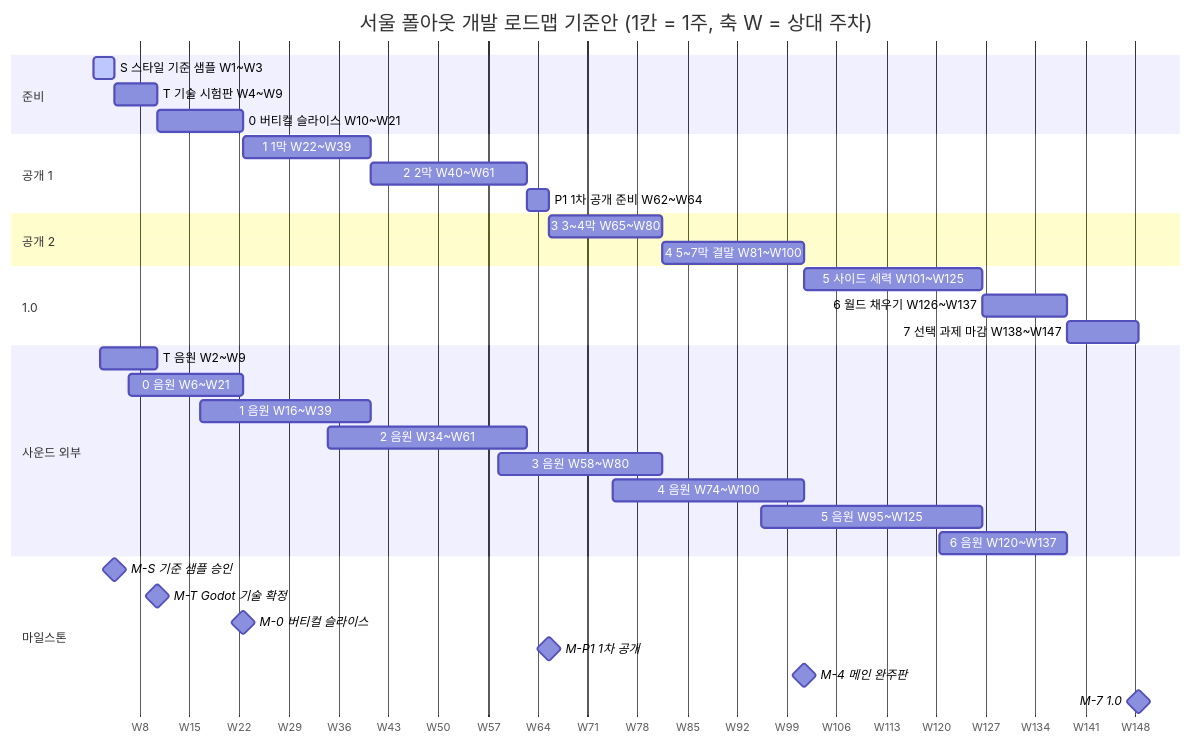
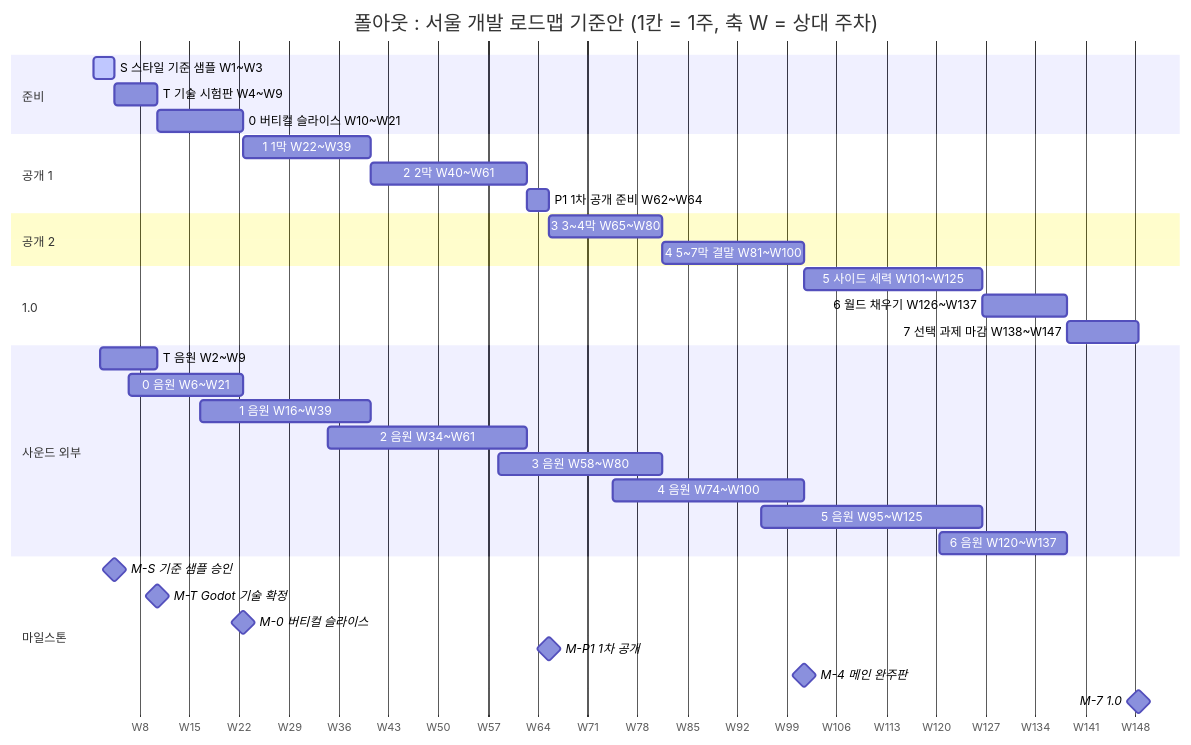
Before and after one commit to forsurvive/003: the second of 6 diagrams in docs/seoul-fallout/19_dev-roadmap.md, drawn with Mermaid. The commit also changed other lines of this file and 61 other files, not shown here.

````diff
--- a/docs/seoul-fallout/19_dev-roadmap.md
+++ b/docs/seoul-fallout/19_dev-roadmap.md
@@ -283,39 +283,39 @@
 ```mermaid
 gantt
-  title 서울 폴아웃 개발 로드맵 기준안 (1칸 = 1주, 축 W = 상대 주차)
+  title 폴아웃 : 서울 개발 로드맵 기준안 (1칸 = 1주, 축 W = 상대 주차)
   dateFormat x
   axisFormat W%-j
   tickInterval 1week
   todayMarker off
   section 준비
   S 스타일 기준 샘플 W1~W3        :active, s, 252504000000, 3d
   T 기술 시험판 W4~W9             :t, after s, 6d
   0 버티컬 슬라이스 W10~W21       :v, after t, 12d
   section 공개 1
   1 1막 W22~W39                   :a1, after v, 18d
   2 2막 W40~W61                   :a2, after a1, 22d
   P1 1차 공개 준비 W62~W64        :p1, after a2, 3d
   section 공개 2
   3 3~4막 W65~W80                 :a3, after p1, 16d
   4 5~7막 결말 W81~W100           :a4, after a3, 20d
   section 1.0
   5 사이드 세력 W101~W125          :a5, after a4, 25d
   6 월드 채우기 W126~W137         :a6, after a5, 12d
   7 선택 과제 마감 W138~W147       :a7, after a6, 10d
   section 사운드 외부
   T 음원 W2~W9                    :o0, 252590400000, 8d
   0 음원 W6~W21                   :o1, 252936000000, 16d
   1 음원 W16~W39                  :o2, 253800000000, 24d
   2 음원 W34~W61                  :o3, 255355200000, 28d
   3 음원 W58~W80                  :o4, 257428800000, 23d
   4 음원 W74~W100                 :o5, 258811200000, 27d
   5 음원 W95~W125                 :o6, 260625600000, 31d
   6 음원 W120~W137                :o7, 262785600000, 18d
   section 마일스톤
   M-S 기준 샘플 승인              :milestone, m0, after s, 0d
   M-T Godot 기술 확정              :milestone, m1, after t, 0d
   M-0 버티컬 슬라이스              :milestone, m2, after v, 0d
   M-P1 1차 공개                   :milestone, m3, after p1, 0d
   M-4 메인 완주판                  :milestone, m4, after a4, 0d
   M-7 1.0                          :milestone, m5, after a7, 0d
 ```
````
